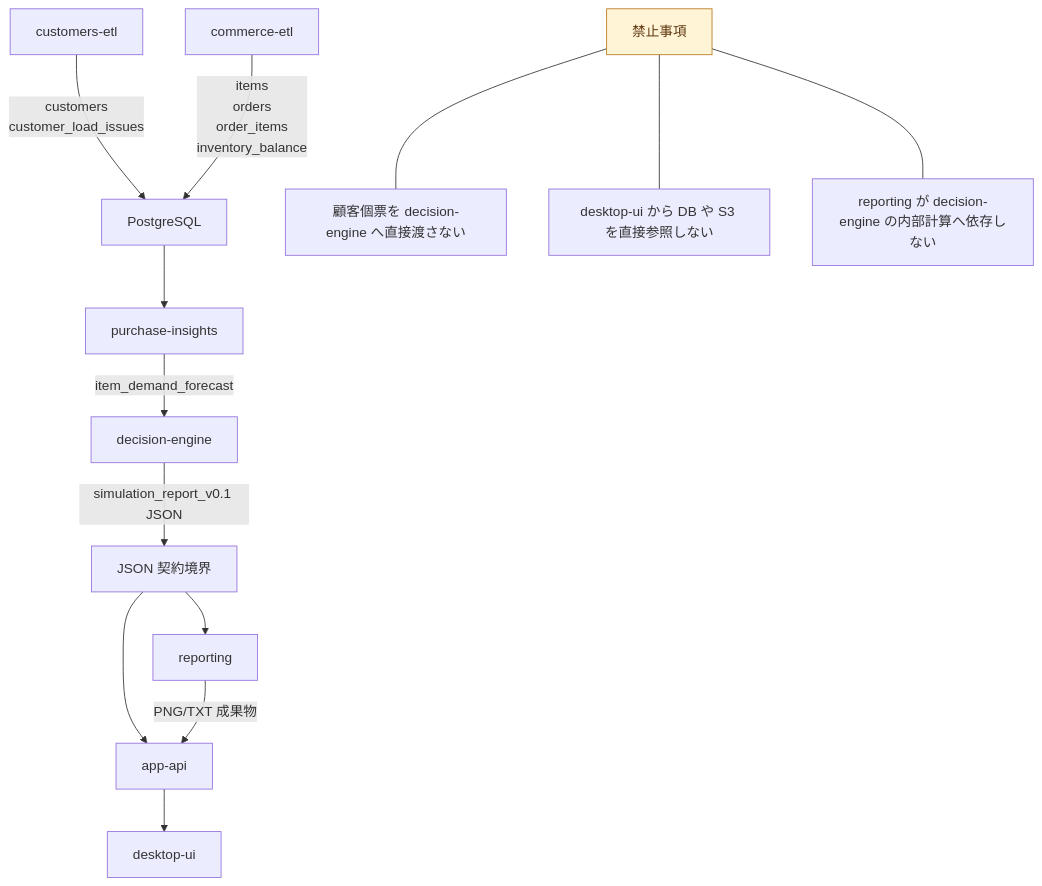
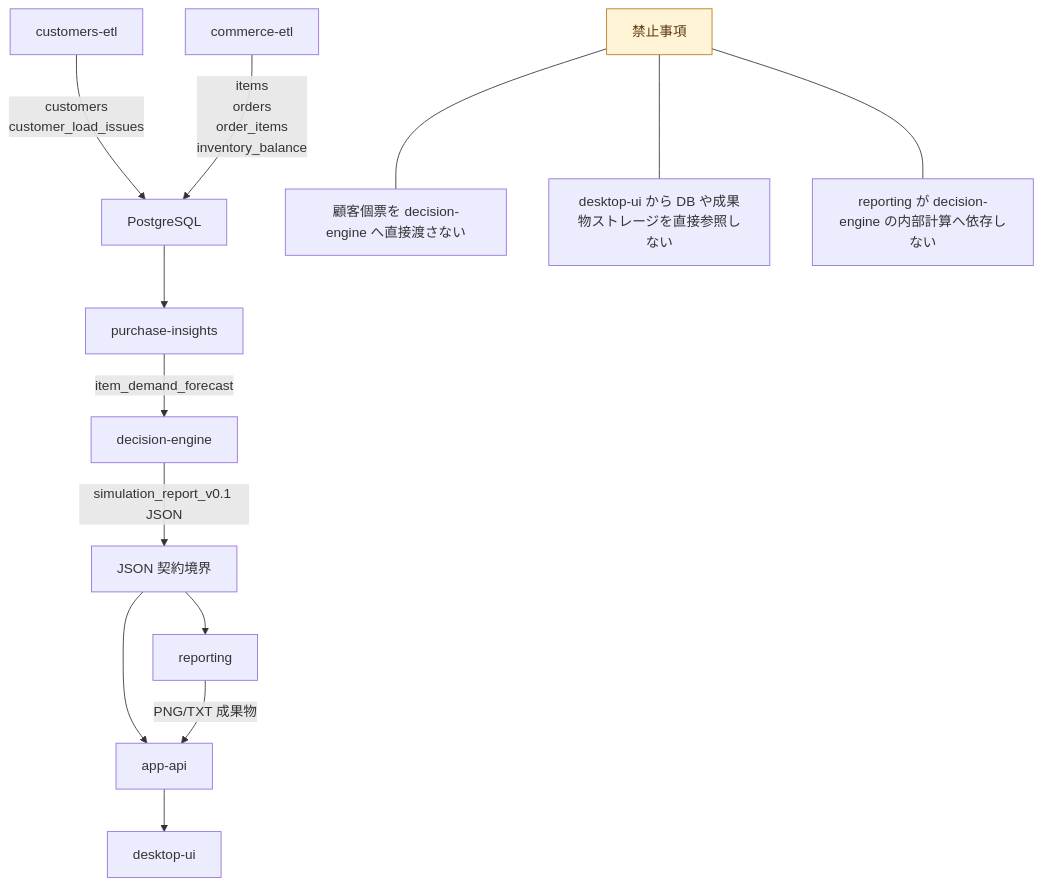
One commit to fumiya-data/decision-pack changed the second of 2 diagrams in docs/architecture/module-responsibilities-and-boundaries.md. Above: the diagram before and after it, drawn with Mermaid. The commit also changed other lines of this file and 16 other files, not shown here.

````diff
--- a/docs/architecture/module-responsibilities-and-boundaries.md
+++ b/docs/architecture/module-responsibilities-and-boundaries.md
@@ -89,20 +89,20 @@
 ```mermaid
 flowchart TB
     Customers["customers-etl"] -->|"customers\ncustomer_load_issues"| Pg["PostgreSQL"]
     Commerce["commerce-etl"] -->|"items\norders\norder_items\ninventory_balance"| Pg
     Pg --> Insights["purchase-insights"]
     Insights -->|"item_demand_forecast"| Engine["decision-engine"]
 
     Engine -->|"simulation_report_v0.1 JSON"| JsonBoundary["JSON 契約境界"]
     JsonBoundary --> Reporting["reporting"]
     JsonBoundary --> Api["app-api"]
     Reporting -->|"PNG/TXT 成果物"| Api
     Api --> Ui["desktop-ui"]
 
     Forbidden["禁止事項"]:::warn
     Forbidden --- F1["顧客個票を decision-engine へ直接渡さない"]
-    Forbidden --- F2["desktop-ui から DB や S3 を直接参照しない"]
+    Forbidden --- F2["desktop-ui から DB や成果物ストレージを直接参照しない"]
     Forbidden --- F3["reporting が decision-engine の内部計算へ依存しない"]
 
     classDef warn fill:#fff4d6,stroke:#b7791f,color:#5f370e;
 ```
````
